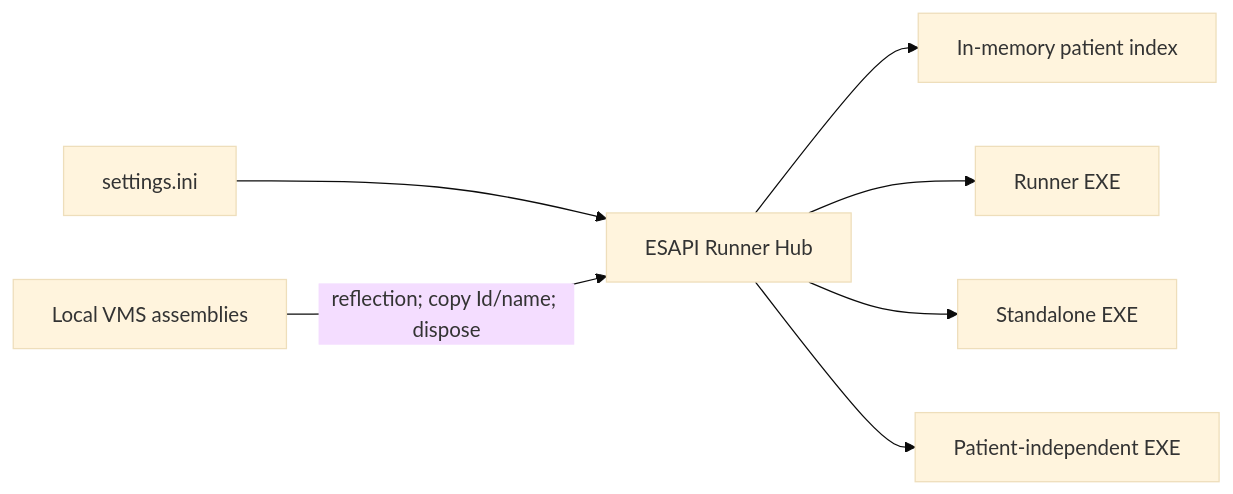
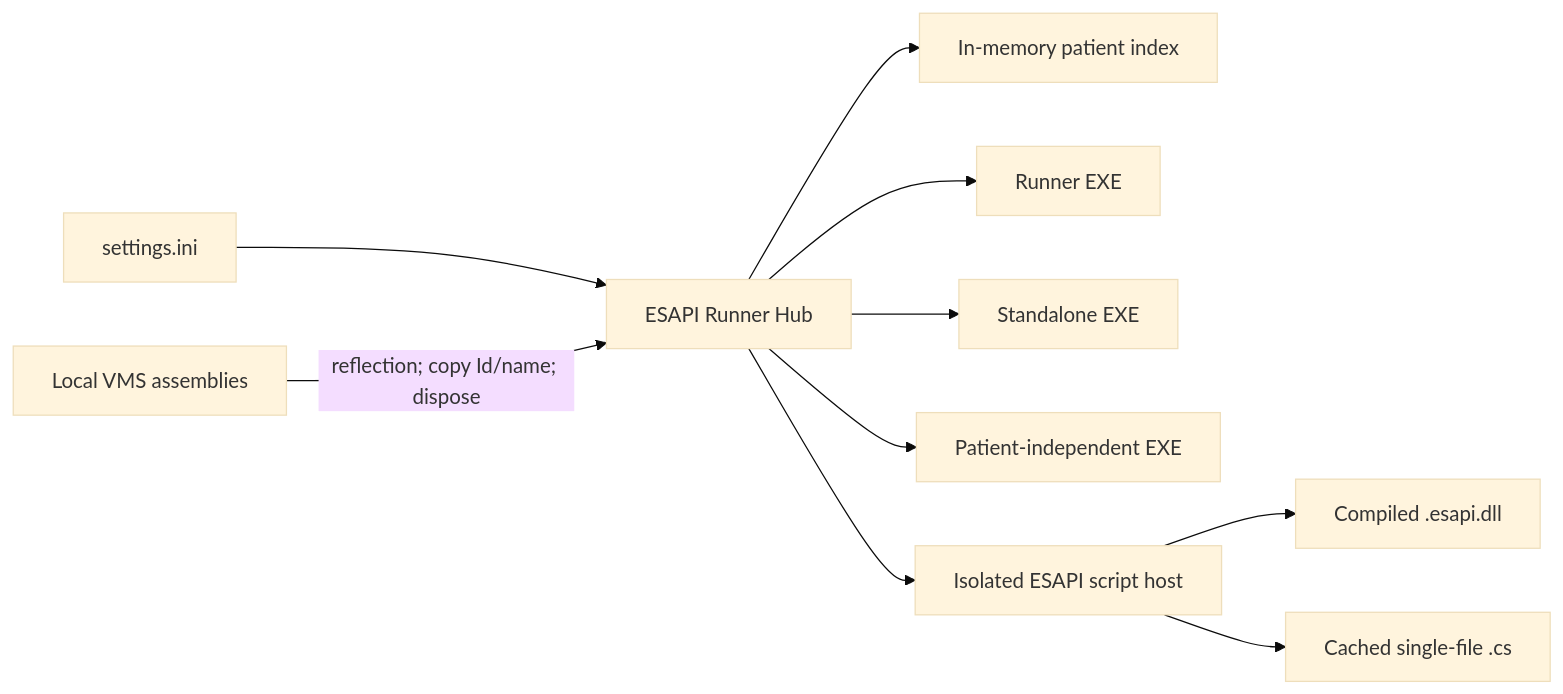
One commit to Kiragroh/ESAPI-Runner-Hub changed the diagram in README.md. Above: the diagram before and after it, drawn with Mermaid (base theme). The commit also changed other lines of this file and 4 other files, not shown here.

Commit message:
build: package isolated ESAPI script host

````diff
--- a/README.md
+++ b/README.md
@@ -15,9 +15,12 @@
 ```mermaid
 flowchart LR
     INI["settings.ini"] --> HUB["ESAPI Runner Hub"]
     API["Local VMS assemblies"] -->|"reflection; copy Id/name; dispose"| HUB
     HUB --> CACHE["In-memory patient index"]
     HUB --> A["Runner EXE"]
     HUB --> B["Standalone EXE"]
     HUB --> C["Patient-independent EXE"]
+    HUB --> HOST["Isolated ESAPI script host"]
+    HOST --> DLL["Compiled .esapi.dll"]
+    HOST --> CS["Cached single-file .cs"]
 ```
````
